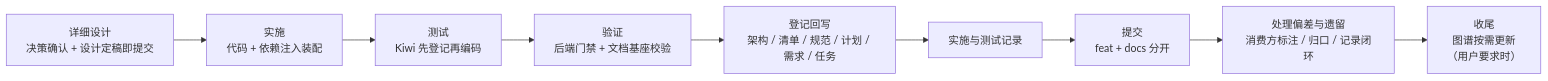
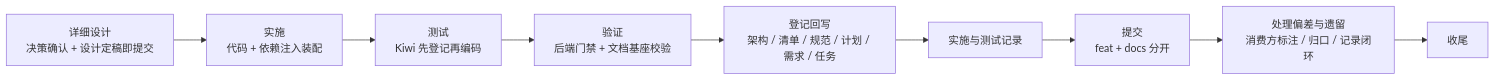
One commit to minjian123/basic-management-system changed the third of 3 diagrams in bms文档/规范/AI开发规范.md. Above: the diagram before and after it, drawn with Mermaid. The commit also changed other lines of this file and 10 other files, not shown here.

````diff
--- a/bms文档/规范/AI开发规范.md
+++ b/bms文档/规范/AI开发规范.md
@@ -84,11 +84,11 @@
 ```mermaid
 flowchart LR
     D["详细设计<br/>决策确认 + 设计定稿即提交"] --> I["实施<br/>代码 + 依赖注入装配"]
     I --> T["测试<br/>Kiwi 先登记再编码"]
     T --> V["验证<br/>后端门禁 + 文档基座校验"]
     V --> R["登记回写<br/>架构 / 清单 / 规范 / 计划 / 需求 / 任务"]
     R --> W["实施与测试记录"]
     W --> C["提交<br/>feat + docs 分开"]
     C --> L["处理偏差与遗留<br/>消费方标注 / 归口 / 记录闭环"]
-    L --> G["收尾<br/>图谱按需更新<br/>（用户要求时）"]
+    L --> G["收尾"]
 ```
````
